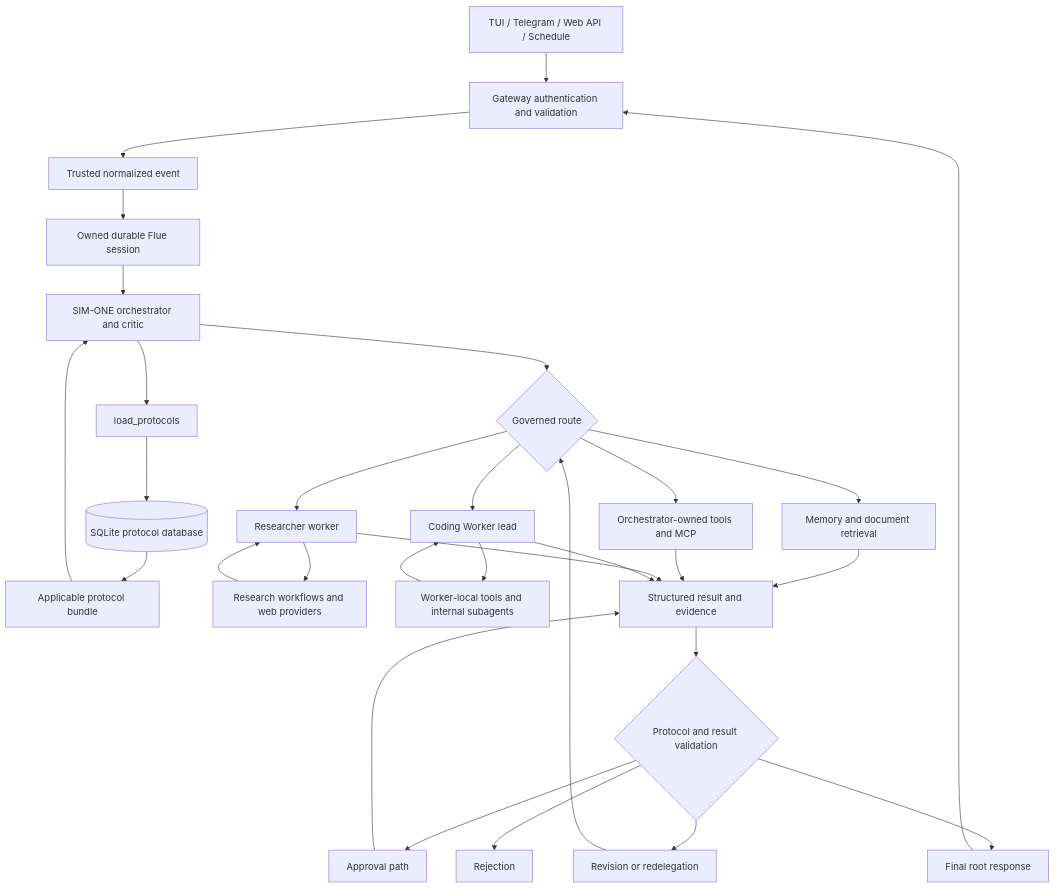
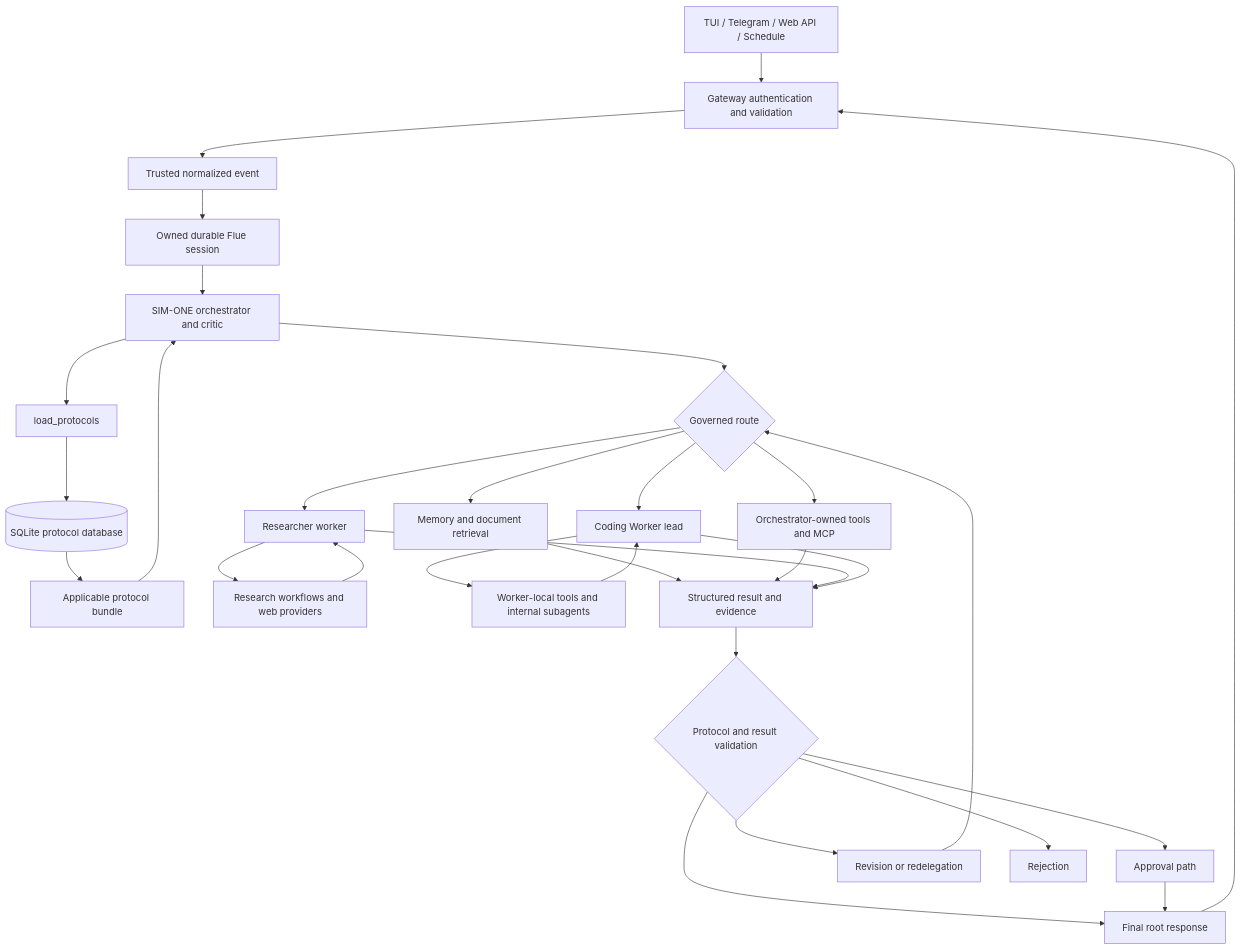
Before and after one commit to dansasser/astro-flue-agent: the diagram in docs/architecture/orchestrator-flow.md, drawn with Mermaid. The commit also changed 35 other files, not shown here.

````diff
--- a/docs/architecture/orchestrator-flow.md
+++ b/docs/architecture/orchestrator-flow.md
@@ -12,54 +12,54 @@
 ```mermaid
 flowchart TD
     Ingress["TUI / Telegram / Web API / Schedule"]
     Gateway["Gateway authentication and validation"]
     Event["Trusted normalized event"]
     Session["Owned durable Flue session"]
     Orchestrator["SIM-ONE orchestrator and critic"]
     ProtocolTool["load_protocols"]
     ProtocolDB[("SQLite protocol database")]
     Bundle["Applicable protocol bundle"]
     Route{"Governed route"}
     Memory["Memory and document retrieval"]
     LocalTools["Orchestrator-owned tools and MCP"]
     Researcher["Researcher worker"]
     Research["Research workflows and web providers"]
     Coding["Coding Worker lead"]
     Internal["Worker-local tools and internal subagents"]
     Result["Structured result and evidence"]
     Critic{"Protocol and result validation"}
     Approval["Approval path"]
     Revision["Revision or redelegation"]
     Rejection["Rejection"]
     Response["Final root response"]
 
     Ingress --> Gateway
     Gateway --> Event
     Event --> Session
     Session --> Orchestrator
     Orchestrator --> ProtocolTool
     ProtocolTool --> ProtocolDB
     ProtocolDB --> Bundle
     Bundle --> Orchestrator
     Orchestrator --> Route
     Route --> Memory
     Route --> LocalTools
     Route --> Researcher
     Researcher --> Research
     Route --> Coding
     Coding --> Internal
     Memory --> Result
     LocalTools --> Result
     Research --> Researcher
     Researcher --> Result
     Internal --> Coding
     Coding --> Result
     Result --> Critic
     Critic --> Approval
     Critic --> Revision
     Revision --> Route
     Critic --> Rejection
     Critic --> Response
-    Approval --> Result
+    Approval --> Response
     Response --> Gateway
 ```
````
